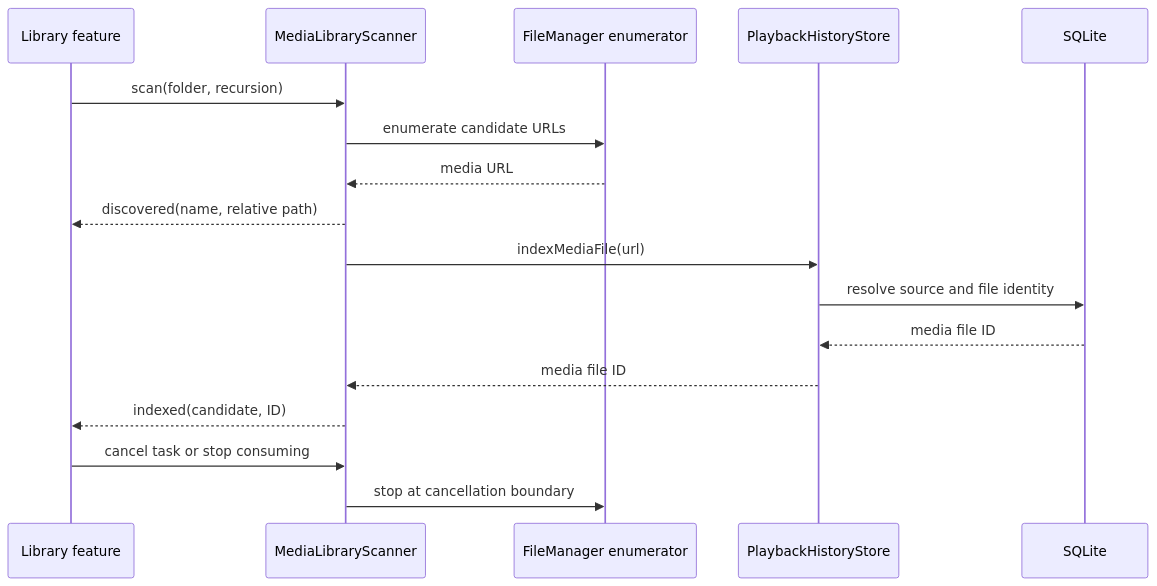
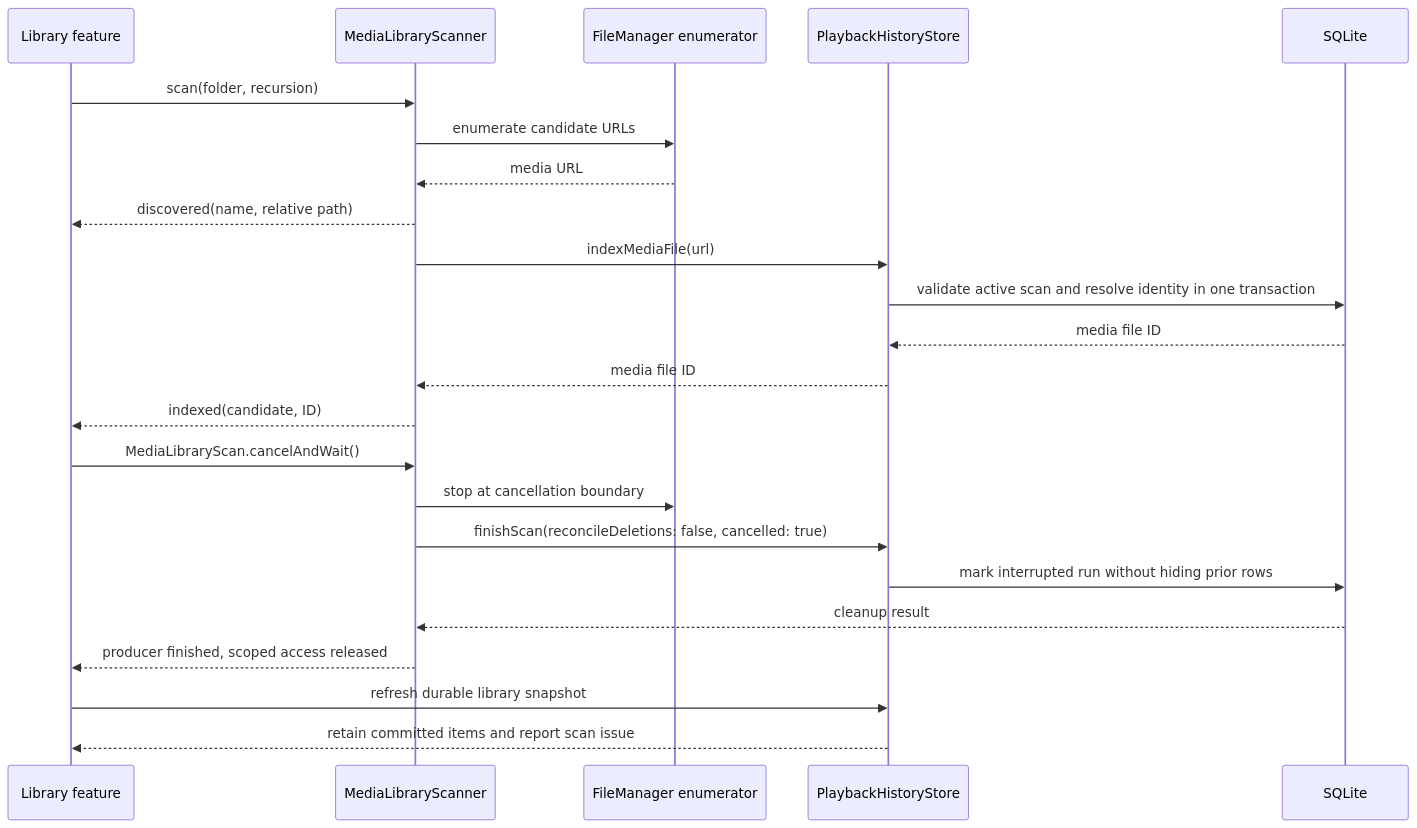
One commit to tech-zjf/Bomu changed the first of 3 diagrams in docs/playback/library/incremental-scan.md. Above: the diagram before and after it, drawn with Mermaid. The commit also changed other lines of this file and 101 other files, not shown here.

````diff
--- a/docs/playback/library/incremental-scan.md
+++ b/docs/playback/library/incremental-scan.md
@@ -17,19 +27,25 @@
 ```mermaid
 sequenceDiagram
     participant Feature as Library feature
     participant Scanner as MediaLibraryScanner
     participant FS as FileManager enumerator
     participant Store as PlaybackHistoryStore
     participant DB as SQLite
     Feature->>Scanner: scan(folder, recursion)
     Scanner->>FS: enumerate candidate URLs
     FS-->>Scanner: media URL
     Scanner-->>Feature: discovered(name, relative path)
     Scanner->>Store: indexMediaFile(url)
-    Store->>DB: resolve source and file identity
+    Store->>DB: validate active scan and resolve identity in one transaction
     DB-->>Store: media file ID
     Store-->>Scanner: media file ID
     Scanner-->>Feature: indexed(candidate, ID)
-    Feature->>Scanner: cancel task or stop consuming
+    Feature->>Scanner: MediaLibraryScan.cancelAndWait()
     Scanner->>FS: stop at cancellation boundary
+    Scanner->>Store: finishScan(reconcileDeletions: false, cancelled: true)
+    Store->>DB: mark interrupted run without hiding prior rows
+    DB-->>Scanner: cleanup result
+    Scanner-->>Feature: producer finished, scoped access released
+    Feature->>Store: refresh durable library snapshot
+    Store-->>Feature: retain committed items and report scan issue
 ```
````
